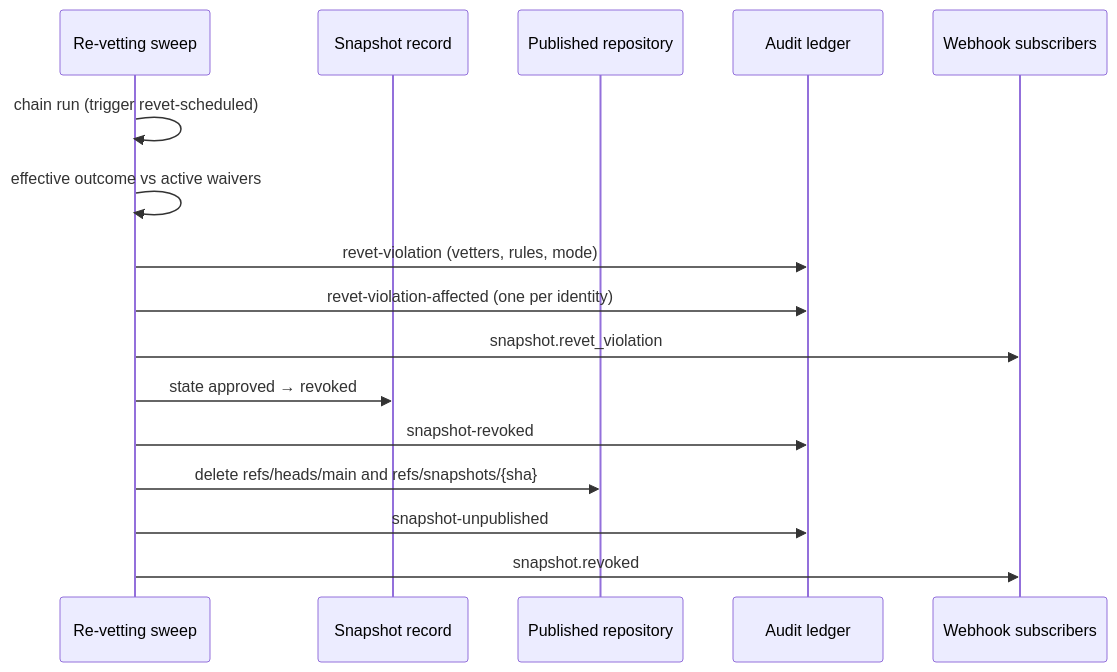
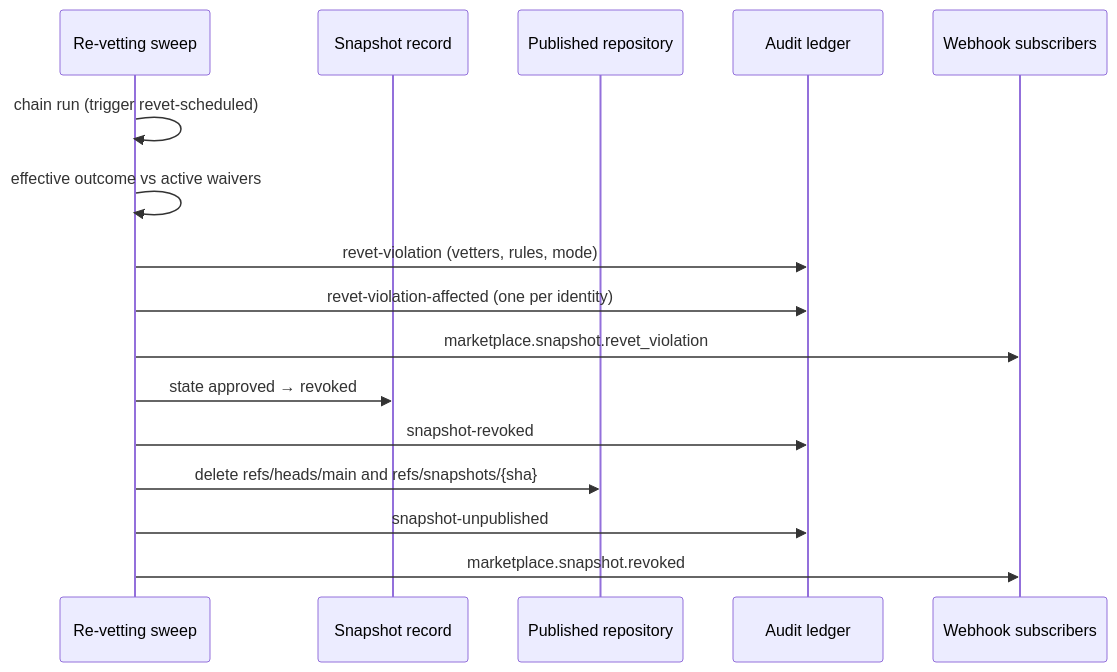
One commit to skillsgateway/skillsgateway changed the diagram in docs/manual/guides/re-vetting.md. Above: the diagram before and after it, drawn with Mermaid. The commit also changed other lines of this file and 38 other files, not shown here.

````diff
--- a/docs/manual/guides/re-vetting.md
+++ b/docs/manual/guides/re-vetting.md
@@ -141,19 +141,19 @@
 ```mermaid
 sequenceDiagram
     participant S as Re-vetting sweep
     participant DB as Snapshot record
     participant P as Published repository
     participant L as Audit ledger
     participant W as Webhook subscribers
 
     S->>S: chain run (trigger revet-scheduled)
     S->>S: effective outcome vs active waivers
     S->>L: revet-violation (vetters, rules, mode)
     S->>L: revet-violation-affected (one per identity)
-    S->>W: snapshot.revet_violation
+    S->>W: marketplace.snapshot.revet_violation
     S->>DB: state approved → revoked
     S->>L: snapshot-revoked
     S->>P: delete refs/heads/main and refs/snapshots/{sha}
     S->>L: snapshot-unpublished
-    S->>W: snapshot.revoked
+    S->>W: marketplace.snapshot.revoked
 ```
````
